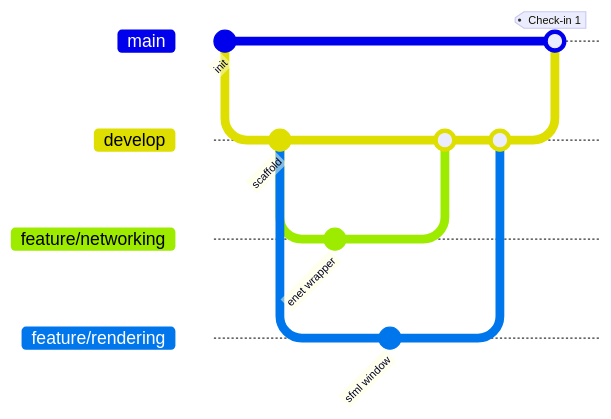
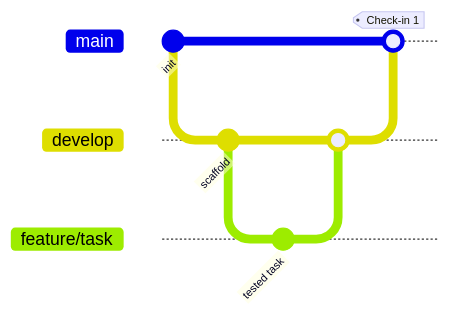
Before and after one commit to aditya9064/C-Final-Project: the fifth of 5 diagrams in README.md, drawn with Mermaid. The commit also changed other lines of this file and 14 other files, not shown here.

````diff
--- a/README.md
+++ b/README.md
@@ -262,19 +273,14 @@
 ```mermaid
 gitGraph
     commit id: "init"
     branch develop
     checkout develop
     commit id: "scaffold"
-    branch feature/networking
-    checkout feature/networking
-    commit id: "enet wrapper"
+    branch feature/task
+    checkout feature/task
+    commit id: "tested task"
     checkout develop
-    branch feature/rendering
-    checkout feature/rendering
-    commit id: "sfml window"
-    checkout develop
-    merge feature/networking
-    merge feature/rendering
+    merge feature/task
     checkout main
     merge develop tag: "Check-in 1"
 ```
````
